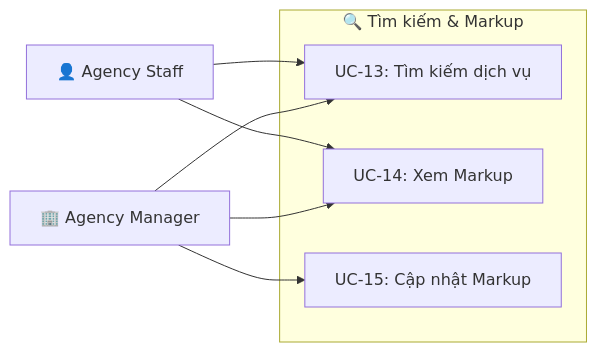
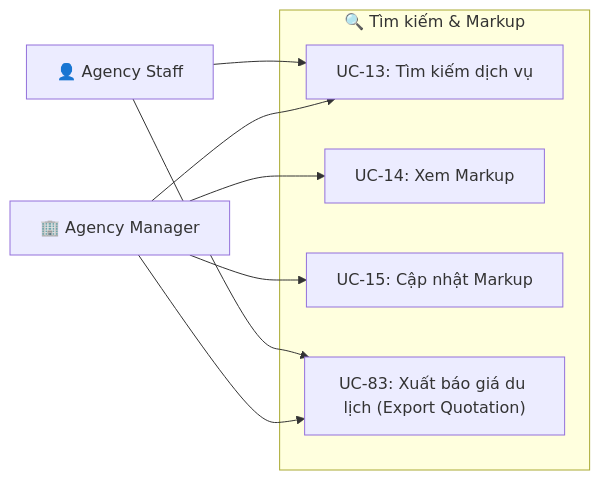
One commit to thanh-16/B2B_Tour changed the fifth of 15 diagrams in docs/actor and usecase/phase1_mvp_usecase.md. Above: the diagram before and after it, drawn with Mermaid. The commit also changed other lines of this file and 3 other files, not shown here.

````diff
--- a/docs/actor and usecase/phase1_mvp_usecase.md
+++ b/docs/actor and usecase/phase1_mvp_usecase.md
@@ -286,14 +288,16 @@
 ```mermaid
 graph LR
     subgraph Search["🔍 Tìm kiếm & Markup"]
         UC13["UC-13: Tìm kiếm dịch vụ"]
         UC14["UC-14: Xem Markup"]
         UC15["UC-15: Cập nhật Markup"]
+        UC83["UC-83: Xuất báo giá du lịch (Export Quotation)"]
     end
 
     AS["👤 Agency Staff"] --> UC13
-    AS --> UC14
+    AS --> UC83
     AM["🏢 Agency Manager"] --> UC13
     AM --> UC14
     AM --> UC15
+    AM --> UC83
 ```
````
